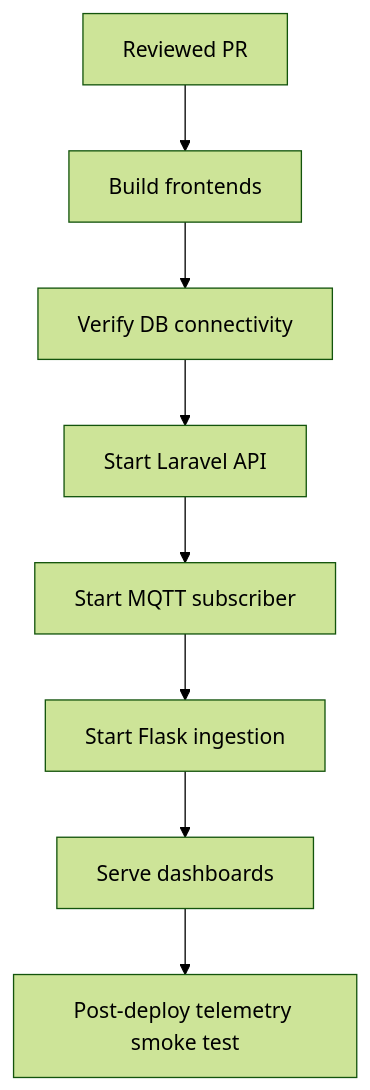
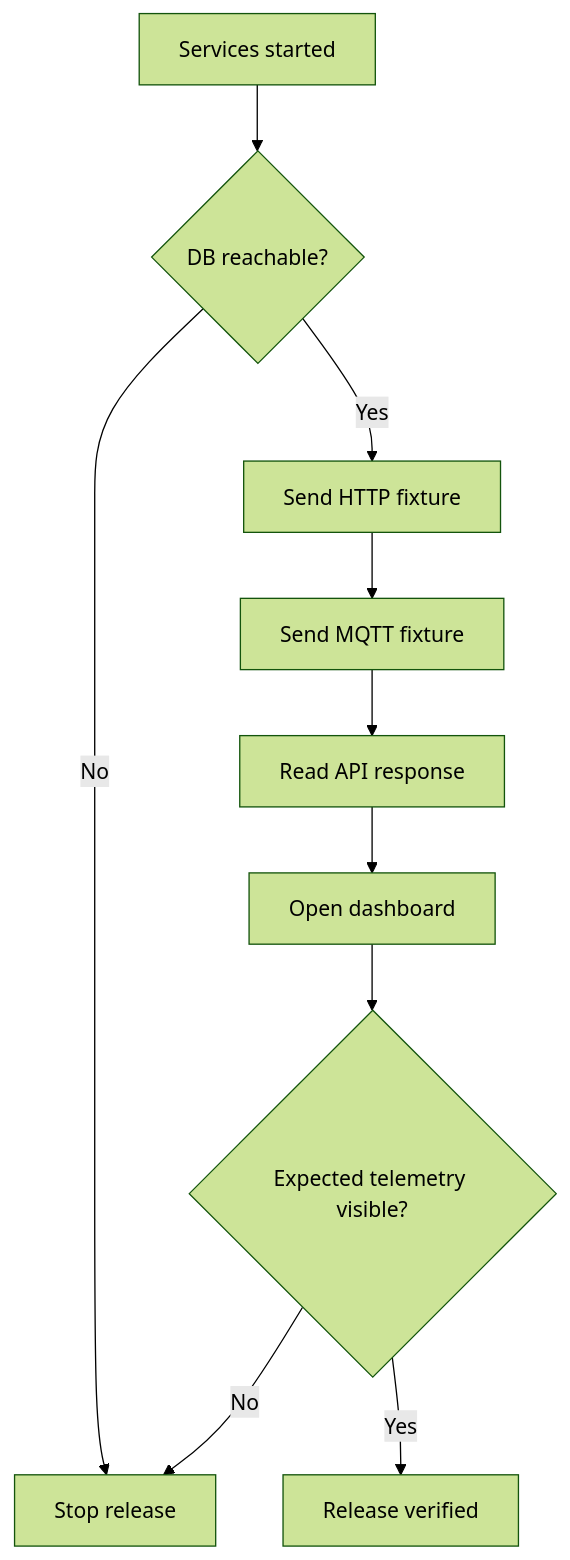
One commit to HidayahMF/kiansantangbrokermqtt changed the fifth of 5 diagrams in docs/development-pipeline.md. Above: the diagram before and after it, drawn with Mermaid (forest theme). The commit also changed other lines of this file, not shown here.

````diff
--- a/docs/development-pipeline.md
+++ b/docs/development-pipeline.md
@@ -120,10 +139,12 @@
 ```mermaid
 flowchart TD
-    PR[Reviewed PR] --> BUILD[Build frontends]
-    BUILD --> DB[Verify DB connectivity]
-    DB --> API[Start Laravel API]
-    API --> WORKER[Start MQTT subscriber]
-    WORKER --> INGEST[Start Flask ingestion]
-    INGEST --> UI[Serve dashboards]
-    UI --> CHECK[Post-deploy telemetry smoke test]
+    START[Services started] --> DB{DB reachable?}
+    DB -->|No| STOP[Stop release]
+    DB -->|Yes| HTTP[Send HTTP fixture]
+    HTTP --> MQTT[Send MQTT fixture]
+    MQTT --> API[Read API response]
+    API --> UI[Open dashboard]
+    UI --> OK{Expected telemetry visible?}
+    OK -->|No| STOP
+    OK -->|Yes| DONE[Release verified]
 ```
````
